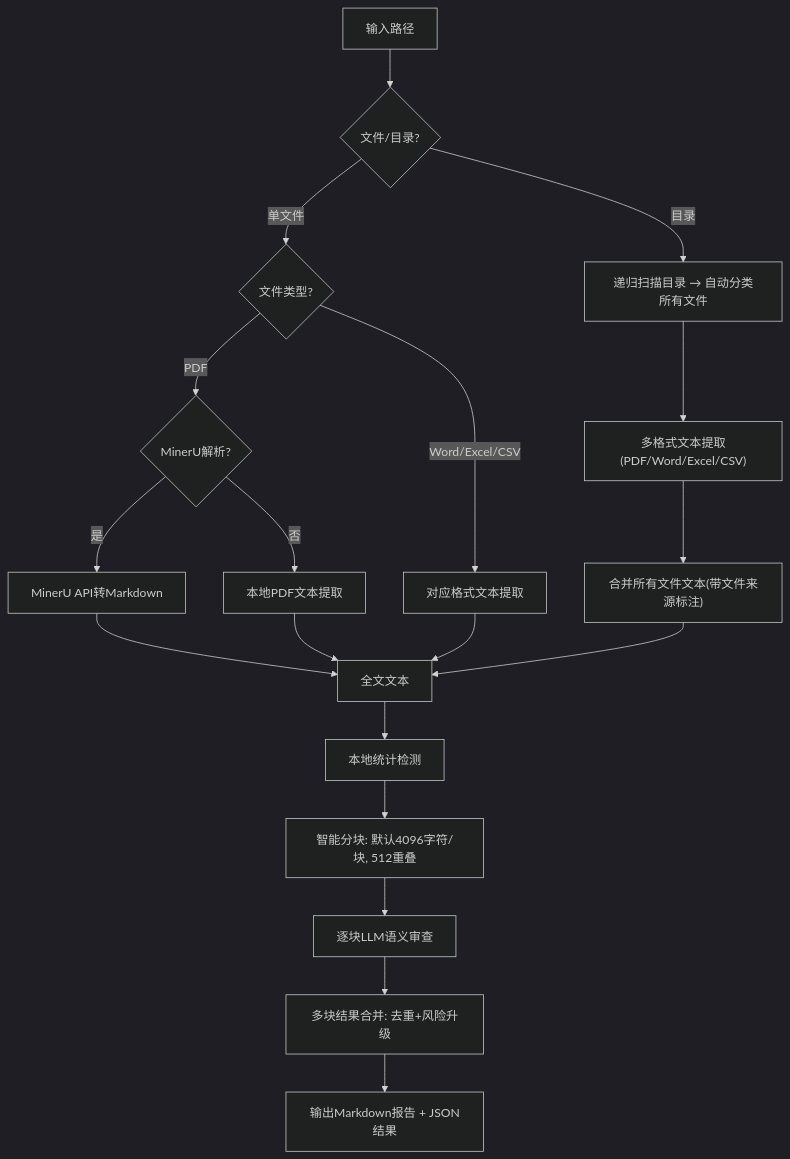
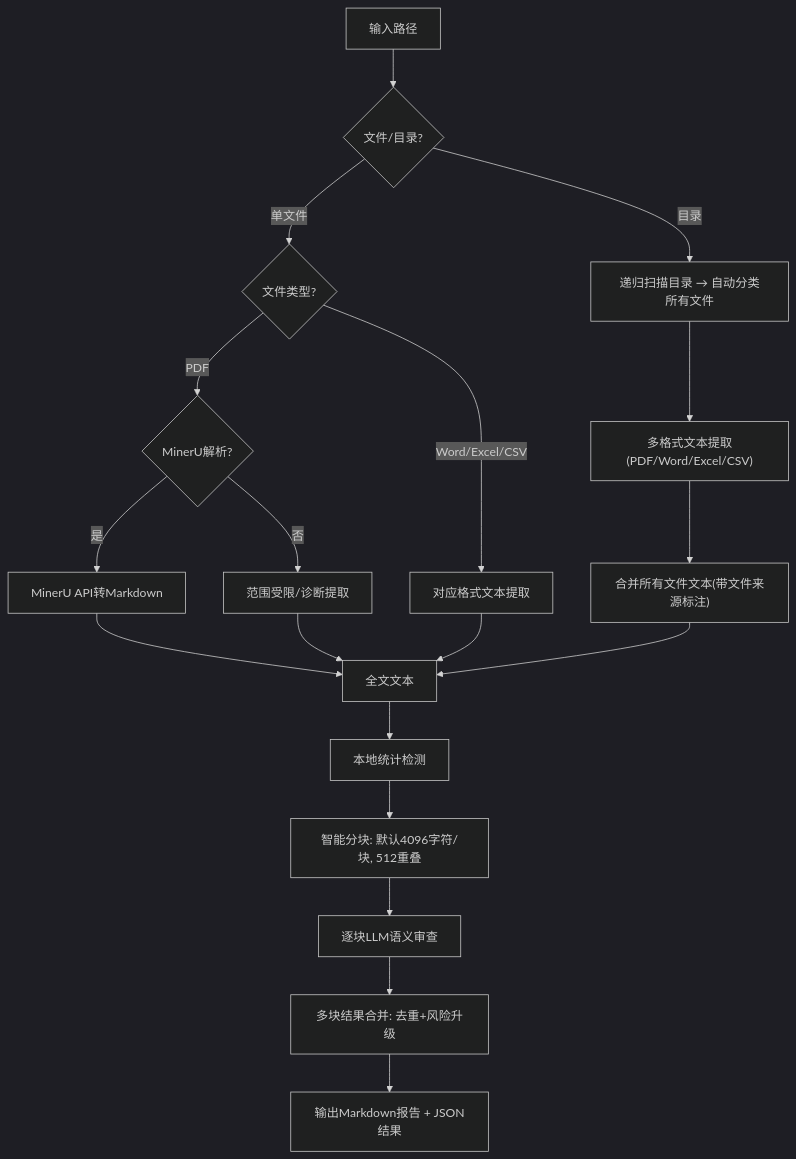
One commit to BevalZ/Veritas- changed the diagram in README.md. Above: the diagram before and after it, drawn with Mermaid (dark theme). The commit also changed other lines of this file and 26 other files, not shown here.

````diff
--- a/README.md
+++ b/README.md
@@ -199,21 +190,21 @@
 ```mermaid
 graph TD
     A["输入路径"] --> B{"文件/目录?"}
     B -->|目录| C["递归扫描目录 → 自动分类所有文件"]
     C --> D["多格式文本提取(PDF/Word/Excel/CSV)"]
     D --> E["合并所有文件文本(带文件来源标注)"]
     B -->|单文件| F{"文件类型?"}
     F -->|PDF| G{"MinerU解析?"}
     G -->|是| H["MinerU API转Markdown"]
-    G -->|否| I["本地PDF文本提取"]
+    G -->|否| I["范围受限/诊断提取"]
     F -->|Word/Excel/CSV| J["对应格式文本提取"]
     H --> K["全文文本"]
     I --> K
     J --> K
     E --> K
     K --> L["本地统计检测"]
     L --> M["智能分块: 默认4096字符/块, 512重叠"]
     M --> N["逐块LLM语义审查"]
     N --> O["多块结果合并: 去重+风险升级"]
     O --> P["输出Markdown报告 + JSON结果"]
 ```
````
